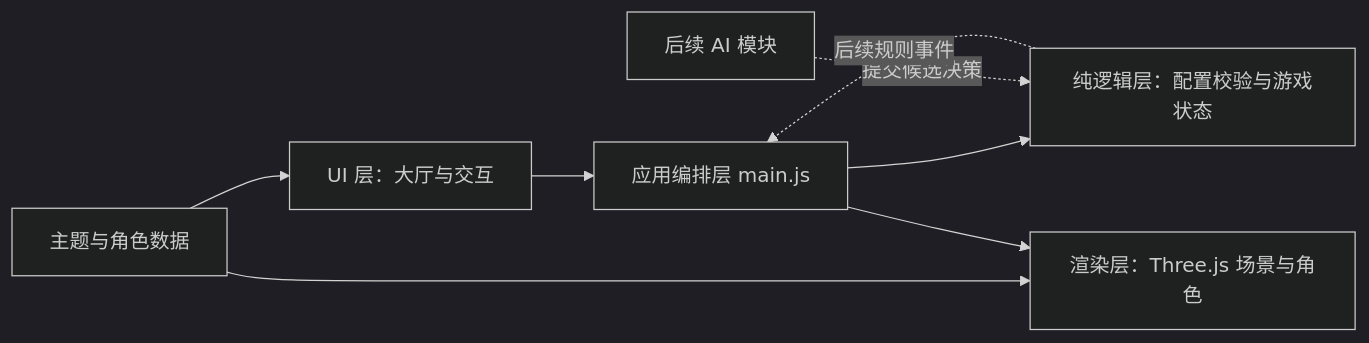
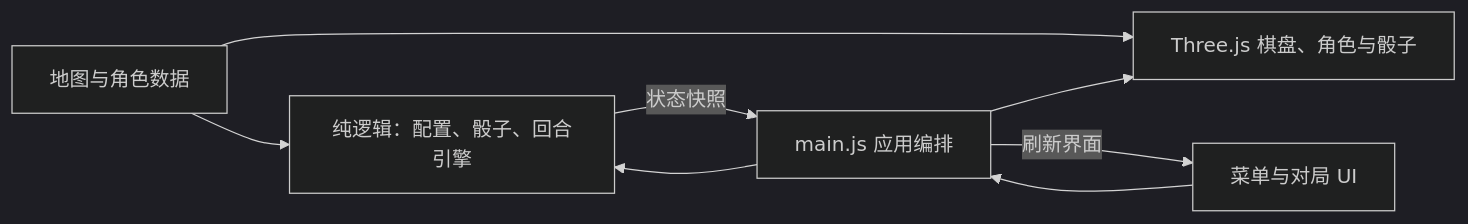
Before and after one commit to IamS0S0/pocket-monopoly: the diagram in README.md, drawn with Mermaid (dark theme). The commit also changed other lines of this file and 17 other files, not shown here.

````diff
--- a/README.md
+++ b/README.md
@@ -34,10 +32,10 @@
 ```mermaid
 flowchart LR
-  Data[主题与角色数据] --> UI[UI 层：大厅与交互]
-  Data --> Render[渲染层：Three.js 场景与角色]
-  UI --> Main[应用编排层 main.js]
-  Main --> Core[纯逻辑层：配置校验与游戏状态]
+  Data[地图与角色数据] --> Core[纯逻辑：配置、骰子、回合引擎]
+  Data --> Render[Three.js 棋盘、角色与骰子]
+  UI[菜单与对局 UI] --> Main[main.js 应用编排]
+  Main --> Core
   Main --> Render
-  AI[后续 AI 模块] -.提交候选决策.-> Core
-  Core -.后续规则事件.-> Main
+  Core -->|状态快照| Main
+  Main -->|刷新界面| UI
 ```
````
